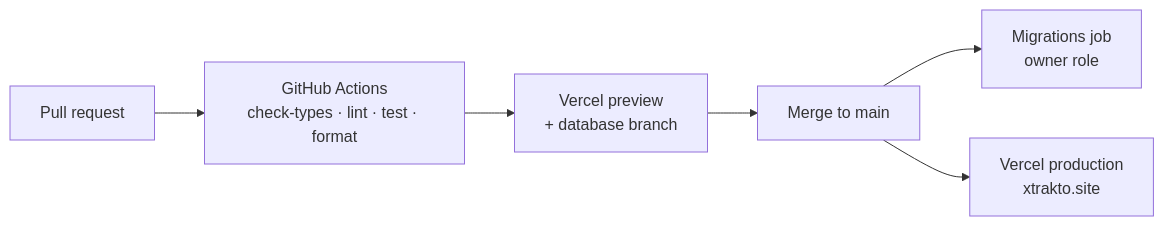
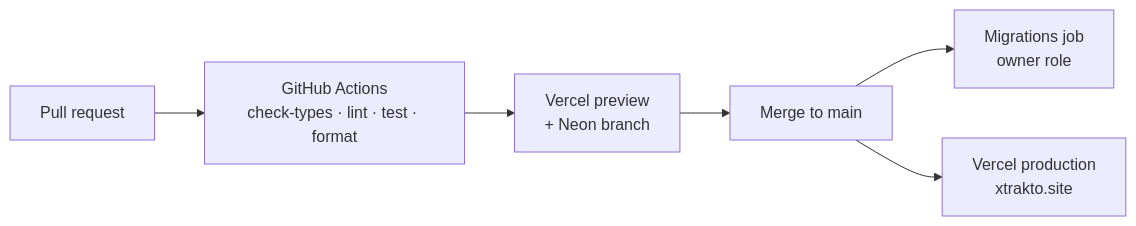
One commit to ingcarlostello/xtrakto changed the seventh of 7 diagrams in docs/ARCHITECTURE.md. Above: the diagram before and after it, drawn with Mermaid. The commit also changed other lines of this file and 8 other files, not shown here.

````diff
--- a/docs/ARCHITECTURE.md
+++ b/docs/ARCHITECTURE.md
@@ -314,8 +314,8 @@
 ```mermaid
 flowchart LR
     PR["Pull request"] --> CI["GitHub Actions<br/>check-types · lint · test · format"]
-    CI --> PV["Vercel preview<br/>+ database branch"]
+    CI --> PV["Vercel preview<br/>+ Neon branch"]
     PV --> M["Merge to main"]
     M --> MG["Migrations job<br/>owner role"]
     M --> PROD["Vercel production<br/>xtrakto.site"]
 ```
````
